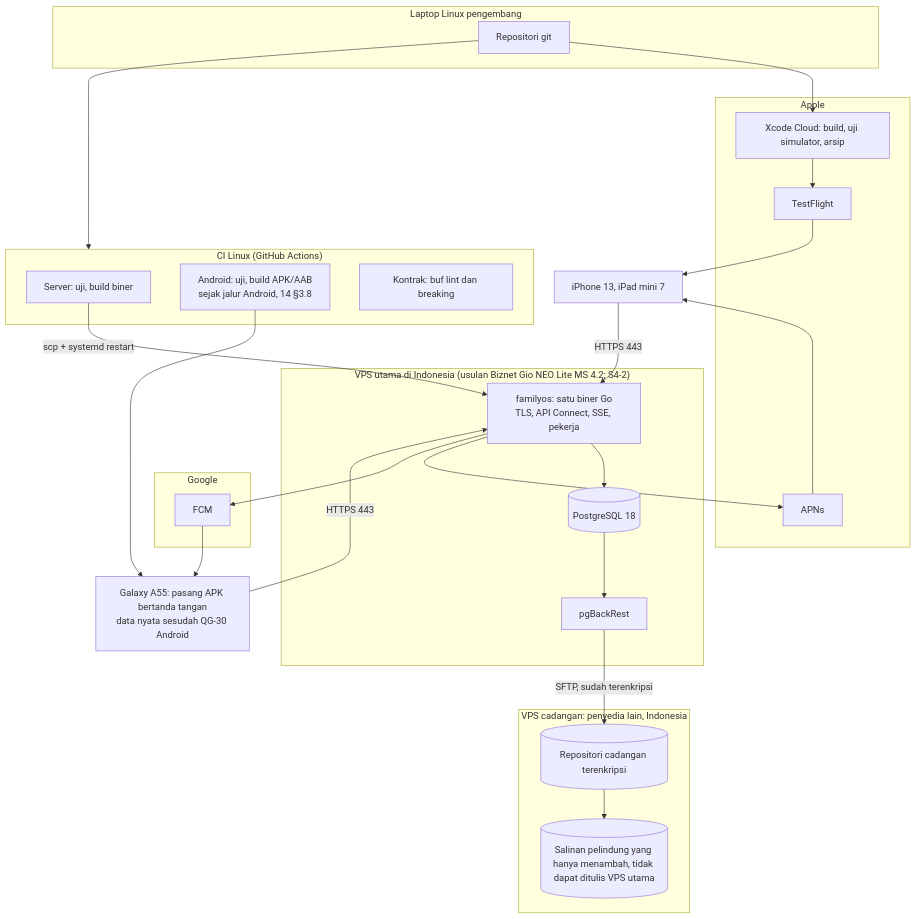
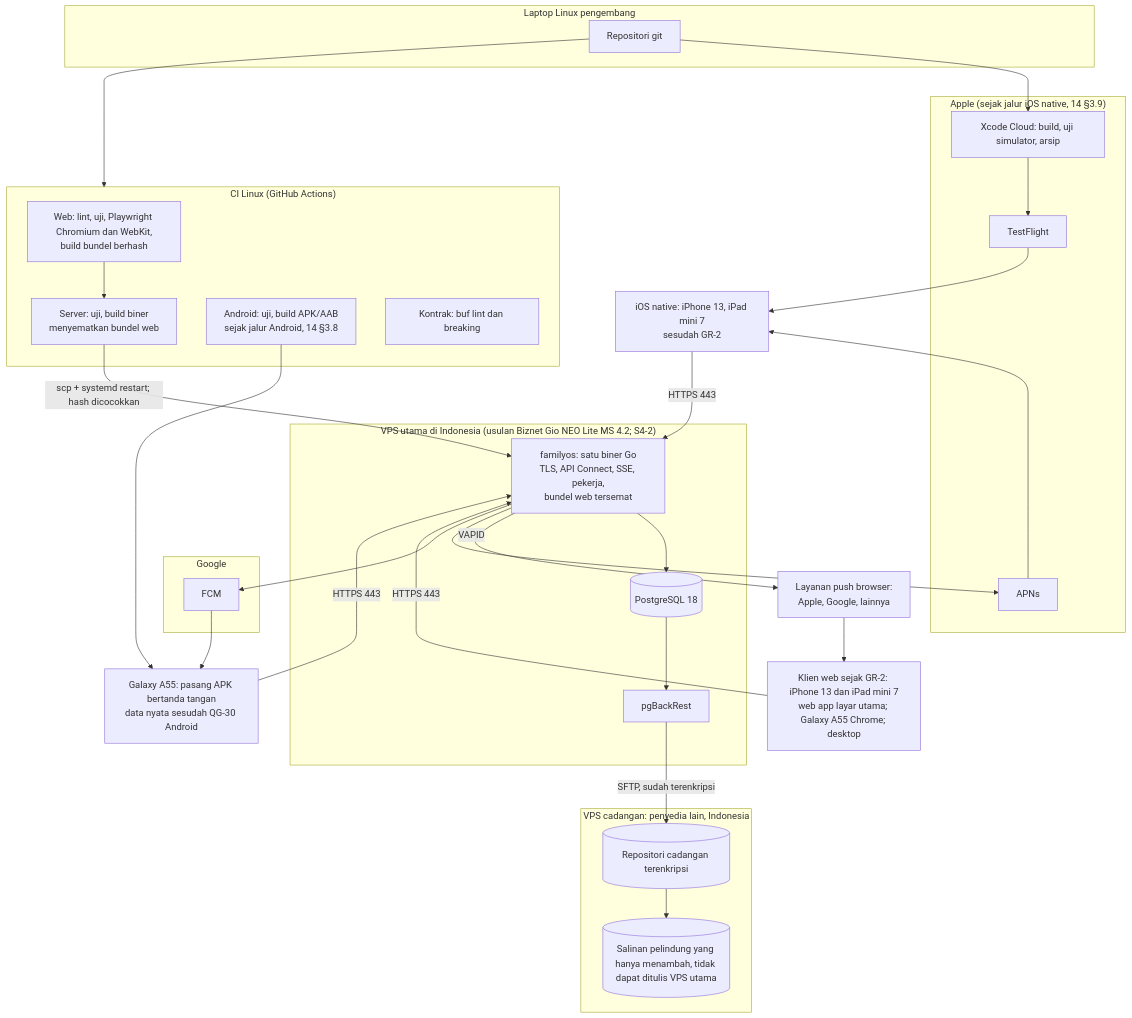
One commit to abiyanzimran/casa changed the diagram in docs/09-technical-architecture/04-operasi-uji-biaya.md. Above: the diagram before and after it, drawn with Mermaid. The commit also changed other lines of this file and 38 other files, not shown here.

First line of the commit message:
Record owner decisions 69-70: web client first, app name Casa

````diff
--- a/docs/09-technical-architecture/04-operasi-uji-biaya.md
+++ b/docs/09-technical-architecture/04-operasi-uji-biaya.md
@@ -9,37 +9,42 @@
 ```mermaid
 flowchart TB
   subgraph dev["Laptop Linux pengembang"]
     GIT[Repositori git]
   end
   subgraph gh["CI Linux (GitHub Actions)"]
-    CI1[Server: uji, build biner]
+    CIW[Web: lint, uji, Playwright Chromium dan WebKit,<br/>build bundel berhash]
+    CI1[Server: uji, build biner<br/>menyematkan bundel web]
     CI2[Android: uji, build APK/AAB<br/>sejak jalur Android, 14 §3.8]
     CI3[Kontrak: buf lint dan breaking]
   end
-  subgraph apple["Apple"]
+  subgraph apple["Apple (sejak jalur iOS native, 14 §3.9)"]
     XC[Xcode Cloud: build, uji simulator, arsip]
     TF[TestFlight]
     APNS[APNs]
   end
   subgraph google["Google"]
     FCM[FCM]
   end
+  WPS[Layanan push browser:<br/>Apple, Google, lainnya]
   subgraph vps1["VPS utama di Indonesia (usulan Biznet Gio NEO Lite MS 4.2; S4-2)"]
-    APP[familyos: satu biner Go<br/>TLS, API Connect, SSE, pekerja]
+    APP[familyos: satu biner Go<br/>TLS, API Connect, SSE, pekerja,<br/>bundel web tersemat]
     PG[(PostgreSQL 18)]
     BR[pgBackRest]
   end
   subgraph vps2["VPS cadangan: penyedia lain, Indonesia"]
     REPO[(Repositori cadangan terenkripsi)]
     SNAP[(Salinan pelindung yang hanya menambah, tidak dapat ditulis VPS utama)]
   end
   GIT --> gh
-  GIT --> XC --> TF --> IPH[iPhone 13, iPad mini 7]
+  CIW --> CI1
+  BRW[Klien web sejak GR-2: iPhone 13 dan iPad mini 7<br/>web app layar utama; Galaxy A55 Chrome; desktop]
+  GIT --> XC --> TF --> IPH[iOS native: iPhone 13, iPad mini 7<br/>sesudah GR-2]
   CI2 --> AND[Galaxy A55: pasang APK bertanda tangan<br/>data nyata sesudah QG-30 Android]
-  CI1 -->|scp + systemd restart| APP
+  CI1 -->|scp + systemd restart; hash dicocokkan| APP
   APP --> PG
   PG --> BR -->|SFTP, sudah terenkripsi| REPO --> SNAP
+  APP -->|VAPID| WPS --> BRW
   APP --> APNS --> IPH
   APP --> FCM --> AND
-  IPH & AND -->|HTTPS 443| APP
+  BRW & IPH & AND -->|HTTPS 443| APP
 ```
````
